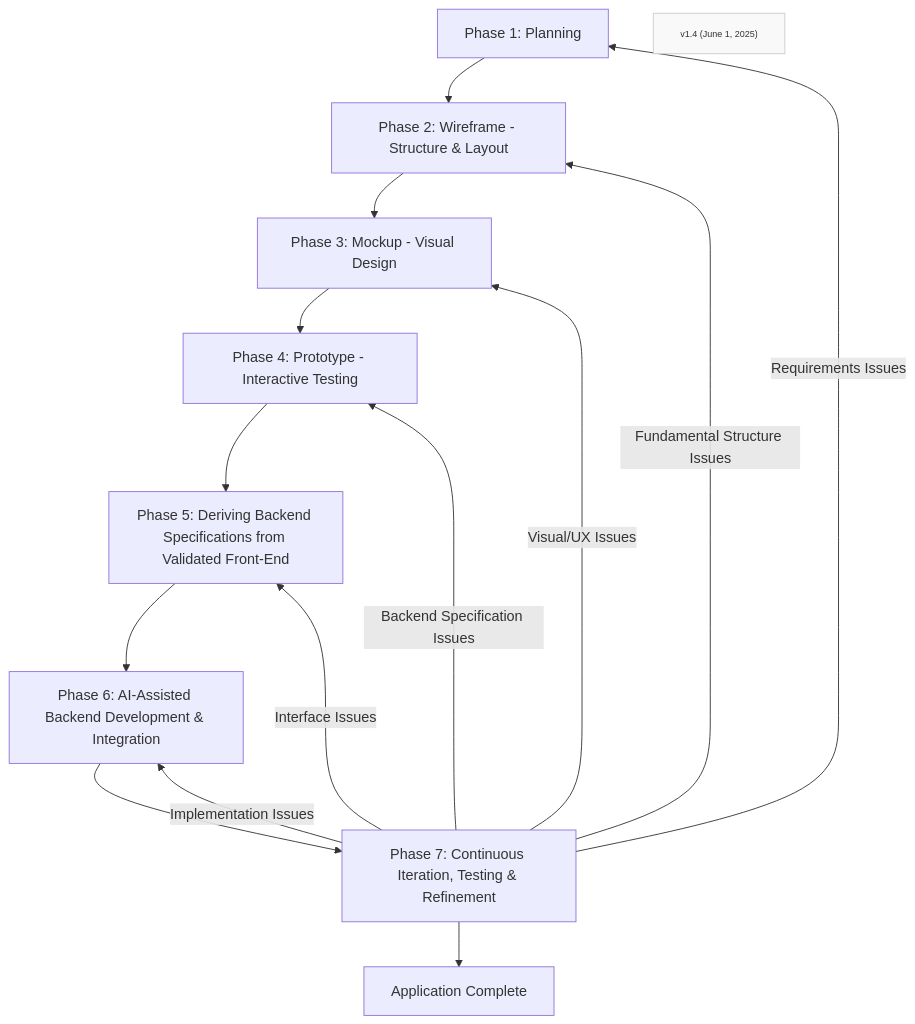
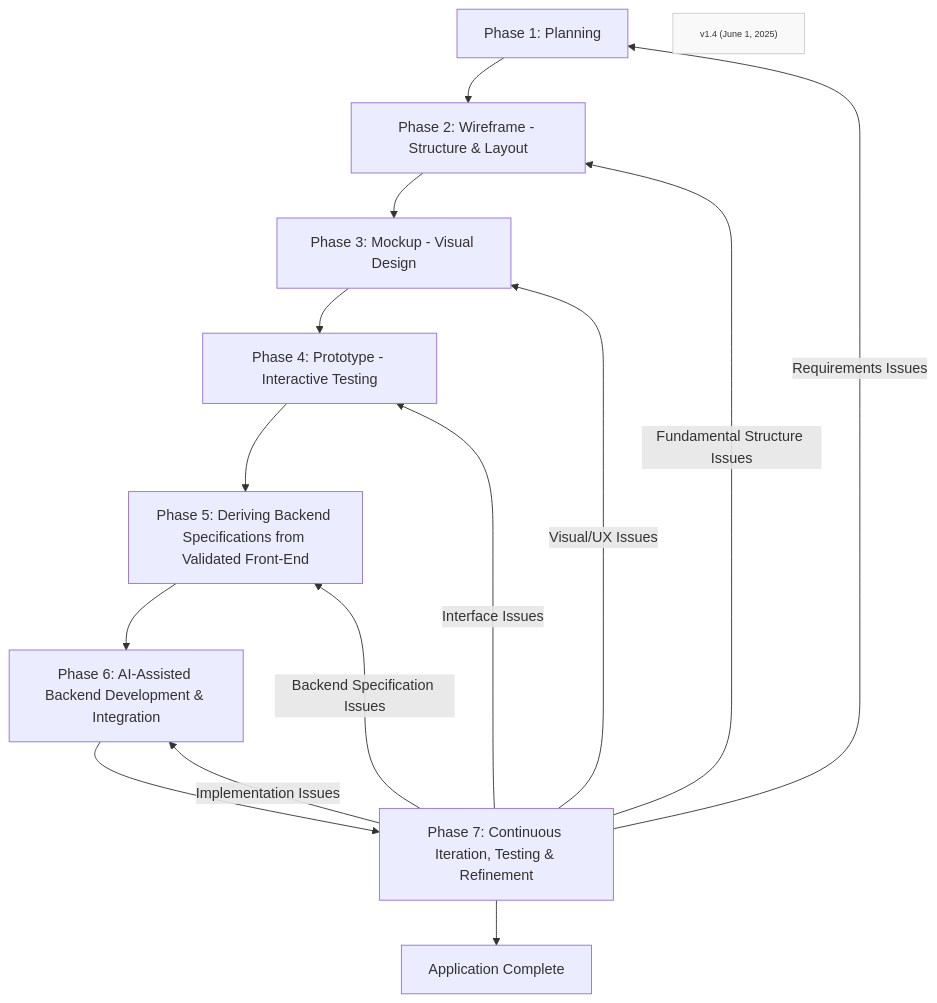
Before and after one commit to Mharbulous/Front-First-Method: the diagram in Method/FF-overview.md, drawn with Mermaid.

Commit message:
Further refinement

````diff
--- a/Method/FF-overview.md
+++ b/Method/FF-overview.md
@@ -1,22 +1,22 @@
 ```mermaid
 graph TD
 Phase1["Phase 1: Planning"] --> Phase2["Phase 2: Wireframe - Structure & Layout"]
     Phase2 --> Phase3["Phase 3: Mockup - Visual Design"]
     Phase3 --> Phase4["Phase 4: Prototype - Interactive Testing"]
     Phase4 --> Phase5["Phase 5: Deriving Backend Specifications from Validated Front-End"]
     Phase5 --> Phase6["Phase 6: AI-Assisted Backend Development & Integration"]
     Phase6 --> Phase7["Phase 7: Continuous Iteration, Testing & Refinement"]
     Phase7 --> Phase8["Application Complete"]
     
     Phase7 -->|Implementation Issues| Phase6
-    Phase7 -->|Interface Issues| Phase5
-    Phase7 -->|Backend Specification Issues| Phase4
+    Phase7 -->|Interface Issues| Phase4
+    Phase7 -->|Backend Specification Issues| Phase5
     Phase7 -->|Visual/UX Issues| Phase3
     Phase7 -->|Fundamental Structure Issues| Phase2
     Phase7 -->|Requirements Issues| Phase1
     
     Version["v1.4 (June 1, 2025)"]
     
     classDef version fill:#f9f9f9,stroke:#ccc,font-size:10px
     class Version version
 ```
````
